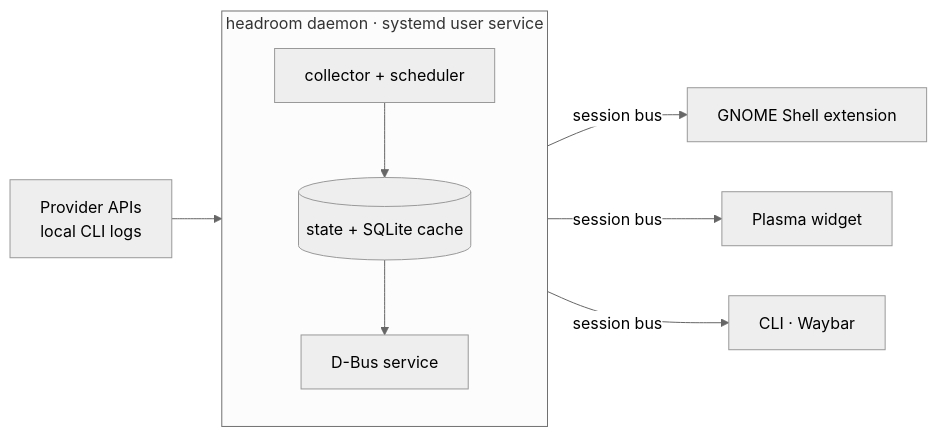
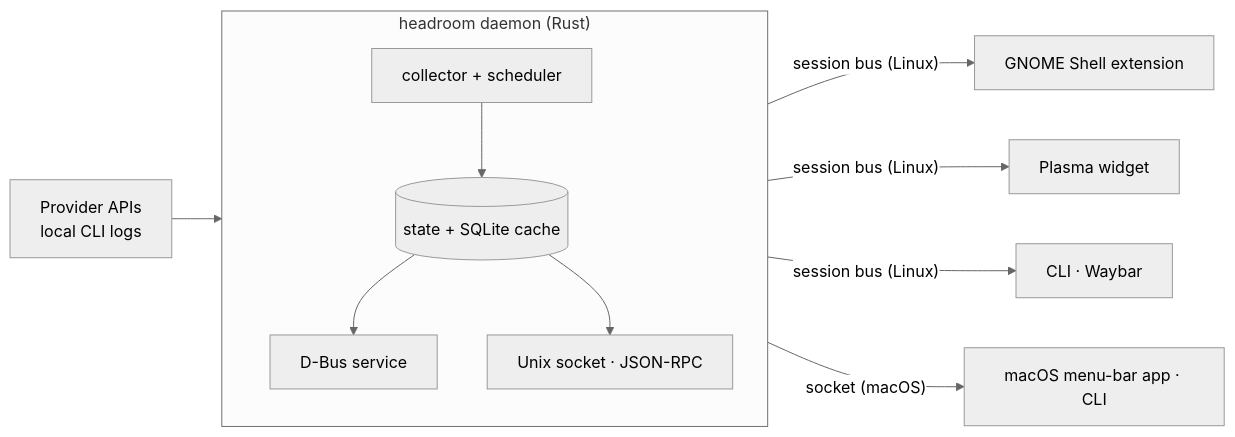
One commit to daniarjabagin/headroom changed the diagram in README.md. Above: the diagram before and after it, drawn with Mermaid (neutral theme). The commit also changed other lines of this file, not shown here.

Commit message:
docs(readme): Linux and macOS, screenshots, macOS install

````diff
--- a/README.md
+++ b/README.md
@@ -215,12 +271,14 @@
 ```mermaid
 flowchart LR
-    P["Provider APIs<br/>local CLI logs"] --> D
-    subgraph D["headroom daemon · systemd user service"]
+    P["Provider APIs<br/>local CLI logs"] --> C
+    subgraph D["headroom daemon (Rust)"]
         direction TB
         C[collector + scheduler] --> S[(state + SQLite cache)]
         S --> B[D-Bus service]
+        S --> U[Unix socket · JSON-RPC]
     end
-    B -- session bus --> G[GNOME Shell extension]
-    B -- session bus --> K[Plasma widget]
-    B -- session bus --> W[CLI · Waybar]
+    B -- "session bus (Linux)" --> G[GNOME Shell extension]
+    B -- "session bus (Linux)" --> K[Plasma widget]
+    B -- "session bus (Linux)" --> W[CLI · Waybar]
+    U -- "socket (macOS)" --> M[macOS menu-bar app · CLI]
 ```
````
